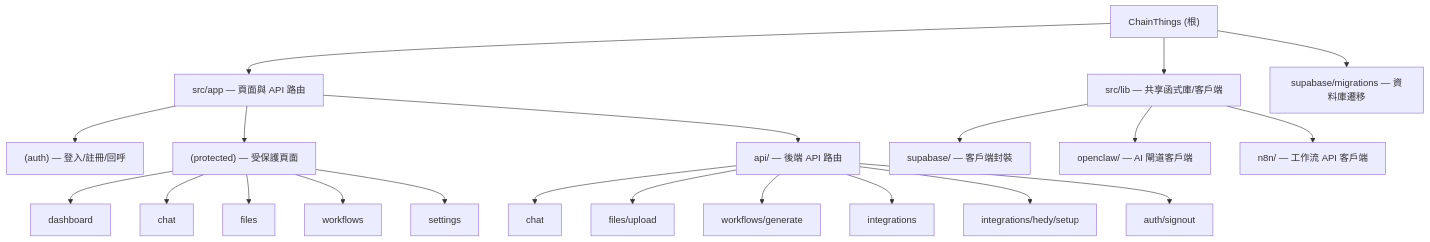
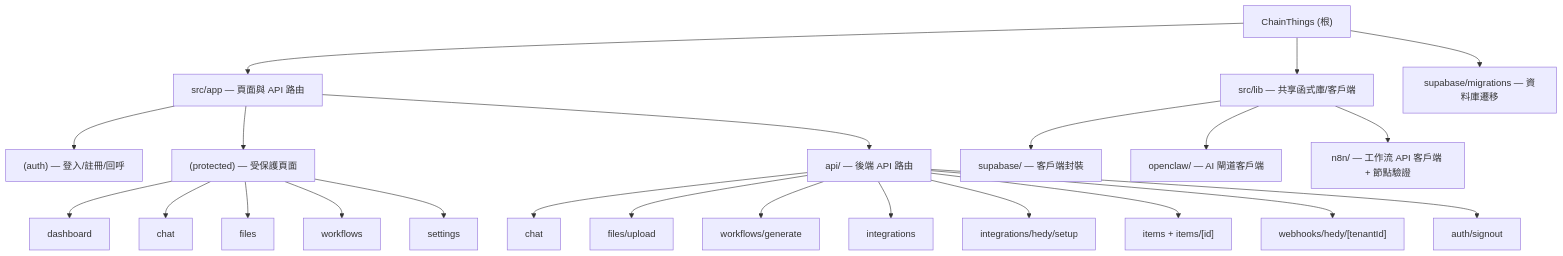
One commit to Stanley-1013/ChainThings changed the diagram in CLAUDE.md. Above: the diagram before and after it, drawn with Mermaid. The commit also changed other lines of this file and 10 other files, not shown here.

````diff
--- a/CLAUDE.md
+++ b/CLAUDE.md
@@ -40,27 +43,29 @@
 ```mermaid
 graph TD
     A["ChainThings (根)"] --> B["src/app — 頁面與 API 路由"]
     A --> C["src/lib — 共享函式庫/客戶端"]
     A --> D["supabase/migrations — 資料庫遷移"]
 
     B --> B1["(auth) — 登入/註冊/回呼"]
     B --> B2["(protected) — 受保護頁面"]
     B --> B3["api/ — 後端 API 路由"]
 
     B2 --> B2a["dashboard"]
     B2 --> B2b["chat"]
     B2 --> B2c["files"]
     B2 --> B2d["workflows"]
     B2 --> B2e["settings"]
 
     B3 --> B3a["chat"]
     B3 --> B3b["files/upload"]
     B3 --> B3c["workflows/generate"]
     B3 --> B3d["integrations"]
     B3 --> B3e["integrations/hedy/setup"]
-    B3 --> B3f["auth/signout"]
+    B3 --> B3f["items + items/[id]"]
+    B3 --> B3g["webhooks/hedy/[tenantId]"]
+    B3 --> B3h["auth/signout"]
 
     C --> C1["supabase/ — 客戶端封裝"]
     C --> C2["openclaw/ — AI 閘道客戶端"]
-    C --> C3["n8n/ — 工作流 API 客戶端"]
+    C --> C3["n8n/ — 工作流 API 客戶端 + 節點驗證"]
 ```
````
